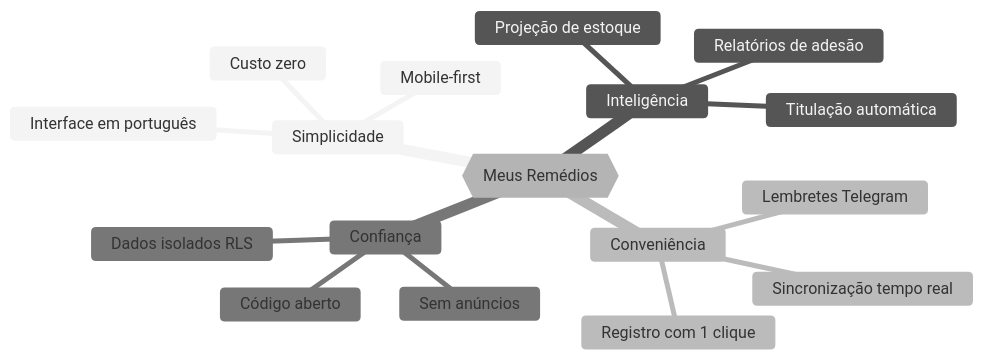
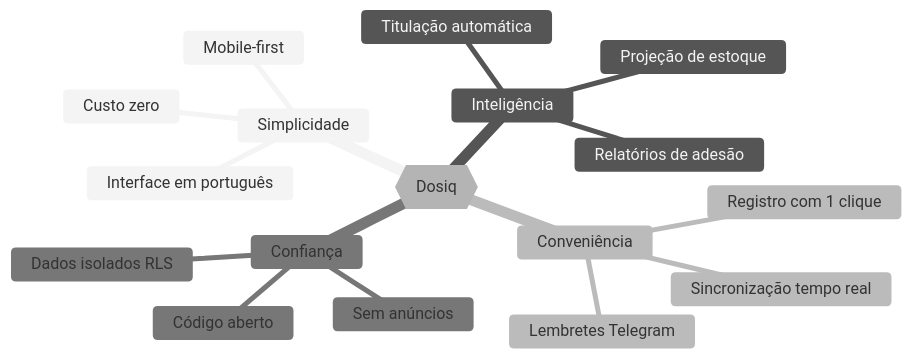
The first of 2 diagrams in plans/archive_old/roadmap_v3/ANALISE_APP_E_ROADMAP_EVOLUCAO.md (coelhotv/dosiq), drawn with Mermaid (neutral theme) before and after one commit. The commit also changed other lines of this file and 151 other files, not shown here.

````diff
--- a/plans/archive_old/roadmap_v3/ANALISE_APP_E_ROADMAP_EVOLUCAO.md
+++ b/plans/archive_old/roadmap_v3/ANALISE_APP_E_ROADMAP_EVOLUCAO.md
@@ -101,20 +101,20 @@
 ```mermaid
 mindmap
-  root{{Meus Remédios}}
+  root{{Dosiq}}
     Simplicidade
       Interface em português
       Custo zero
       Mobile-first
     Inteligência
       Titulação automática
       Projeção de estoque
       Relatórios de adesão
     Conveniência
       Lembretes Telegram
       Registro com 1 clique
       Sincronização tempo real
     Confiança
       Dados isolados RLS
       Código aberto
       Sem anúncios
 ```
````
